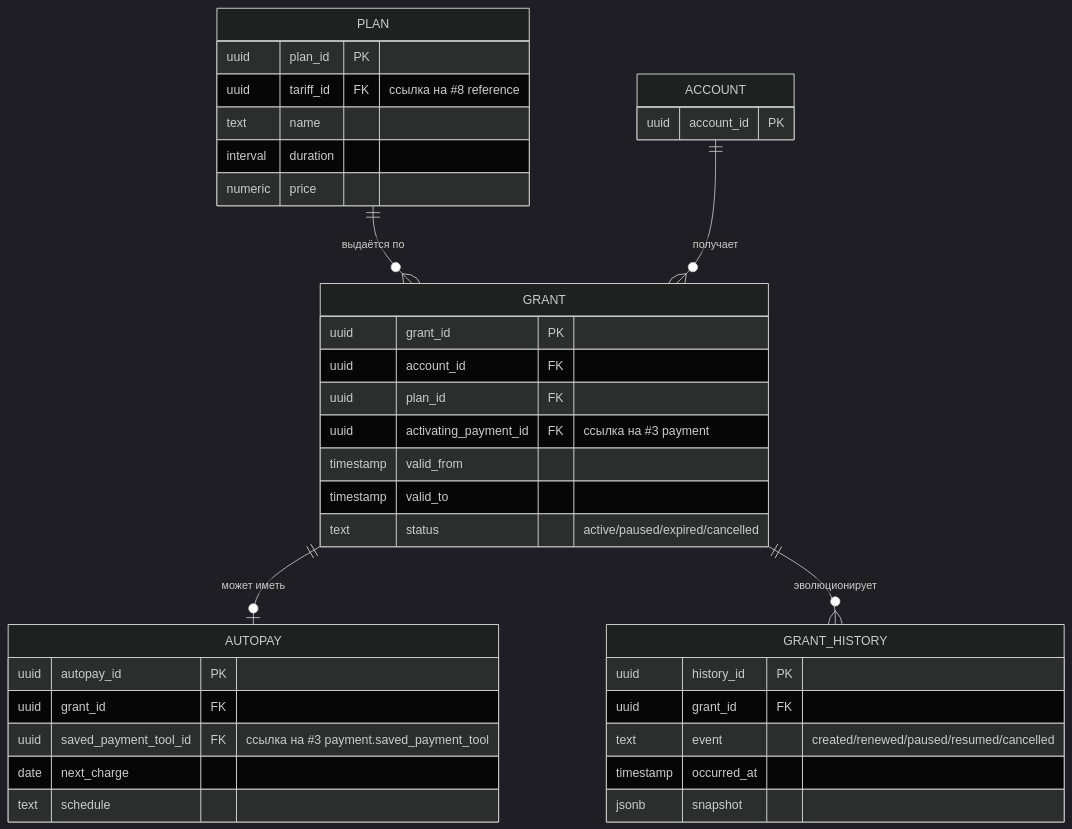
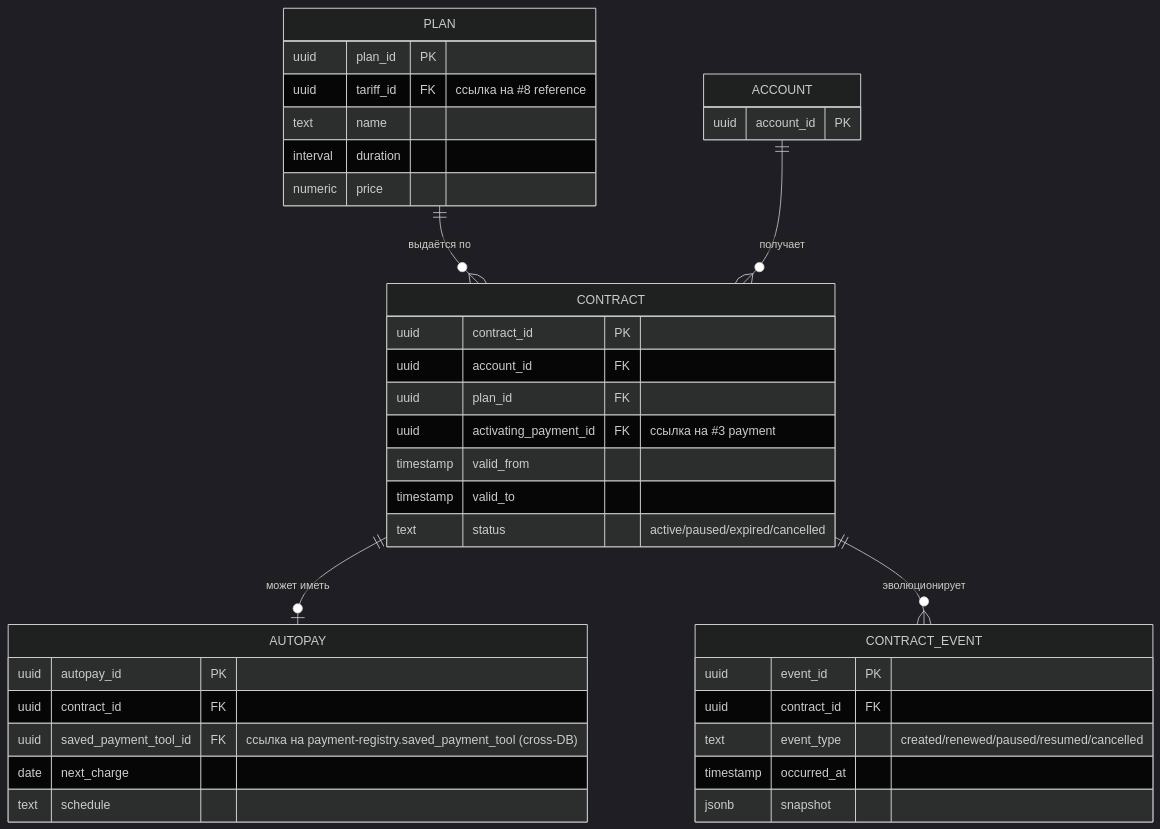
One commit to TserenTserenov/PACK-digital-platform changed the fifth of 17 diagrams in pack/digital-platform/02-domain-entities/DP.ARCH.004-neon-data-architecture.md. Above: the diagram before and after it, drawn with Mermaid (dark theme). The commit also changed other lines of this file, not shown here.

First line of the commit message:
DP.ARCH.004 v2.4.1 — terminology apply GRANT→contract в §3.4

````diff
--- a/pack/digital-platform/02-domain-entities/DP.ARCH.004-neon-data-architecture.md
+++ b/pack/digital-platform/02-domain-entities/DP.ARCH.004-neon-data-architecture.md
@@ -543,41 +545,41 @@
 ```mermaid
 erDiagram
-    PLAN ||--o{ GRANT : "выдаётся по"
-    ACCOUNT ||--o{ GRANT : "получает"
-    GRANT ||--o| AUTOPAY : "может иметь"
-    GRANT ||--o{ GRANT_HISTORY : "эволюционирует"
+    PLAN ||--o{ CONTRACT : "выдаётся по"
+    ACCOUNT ||--o{ CONTRACT : "получает"
+    CONTRACT ||--o| AUTOPAY : "может иметь"
+    CONTRACT ||--o{ CONTRACT_EVENT : "эволюционирует"
 
     PLAN {
         uuid plan_id PK
         uuid tariff_id FK "ссылка на #8 reference"
         text name
         interval duration
         numeric price
     }
-    GRANT {
-        uuid grant_id PK
+    CONTRACT {
+        uuid contract_id PK
         uuid account_id FK
         uuid plan_id FK
         uuid activating_payment_id FK "ссылка на #3 payment"
         timestamp valid_from
         timestamp valid_to
         text status "active/paused/expired/cancelled"
     }
     AUTOPAY {
         uuid autopay_id PK
-        uuid grant_id FK
-        uuid saved_payment_tool_id FK "ссылка на #3 payment.saved_payment_tool"
+        uuid contract_id FK
+        uuid saved_payment_tool_id FK "ссылка на payment-registry.saved_payment_tool (cross-DB)"
         date next_charge
         text schedule
     }
-    GRANT_HISTORY {
-        uuid history_id PK
-        uuid grant_id FK
-        text event "created/renewed/paused/resumed/cancelled"
+    CONTRACT_EVENT {
+        uuid event_id PK
+        uuid contract_id FK
+        text event_type "created/renewed/paused/resumed/cancelled"
         timestamp occurred_at
         jsonb snapshot
     }
     ACCOUNT {
         uuid account_id PK
     }
 ```
````
